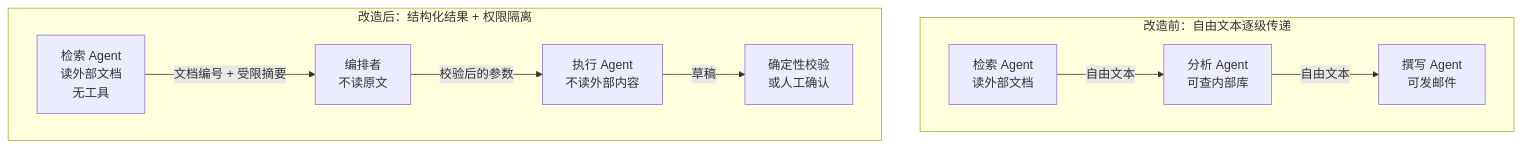
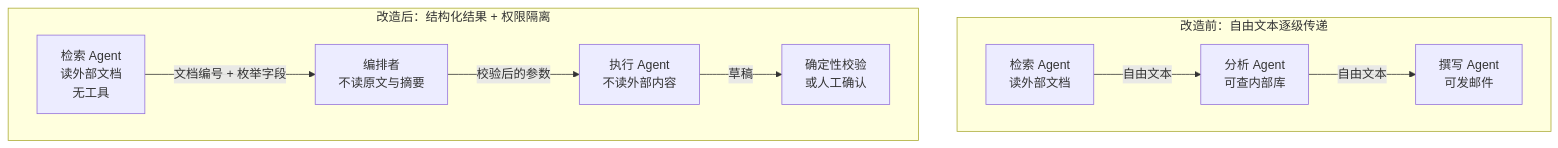
Before and after one commit to yeasy/ai_security_guide: the second of 2 diagrams in 12_agent_attack_surface/12.7_multi_agent_security.md, drawn with Mermaid. The commit also changed other lines of this file and 29 other files, not shown here.

````diff
--- a/12_agent_attack_surface/12.7_multi_agent_security.md
+++ b/12_agent_attack_surface/12.7_multi_agent_security.md
@@ -87,14 +87,14 @@
 ```mermaid
 flowchart TB
     subgraph before ["改造前：自由文本逐级传递"]
     direction LR
     R1["检索 Agent<br/>读外部文档"] -->|"自由文本"| N1["分析 Agent<br/>可查内部库"] -->|"自由文本"| W1["撰写 Agent<br/>可发邮件"]
     end
 
     subgraph after ["改造后：结构化结果 + 权限隔离"]
     direction LR
-    R2["检索 Agent<br/>读外部文档<br/>无工具"] -->|"文档编号 + 受限摘要"| O2["编排者<br/>不读原文"]
+    R2["检索 Agent<br/>读外部文档<br/>无工具"] -->|"文档编号 + 枚举字段"| O2["编排者<br/>不读原文与摘要"]
     O2 -->|"校验后的参数"| W2["执行 Agent<br/>不读外部内容"]
     W2 -->|"草稿"| H2["确定性校验<br/>或人工确认"]
     end
 ```
````
